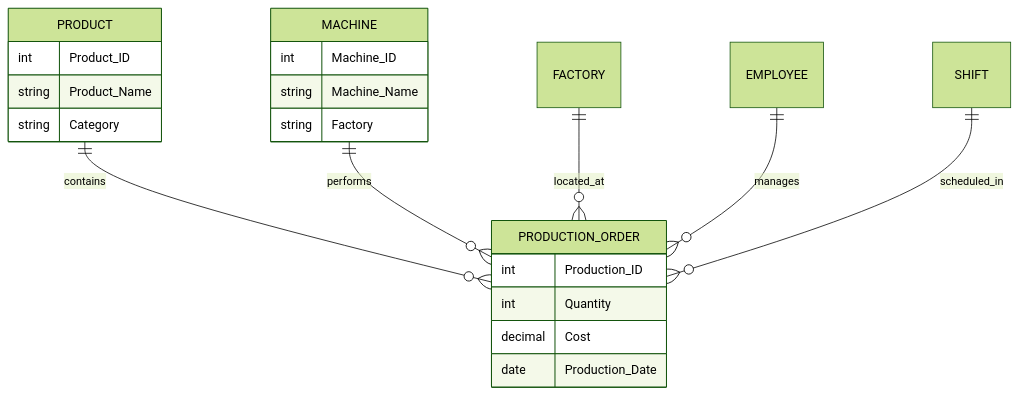
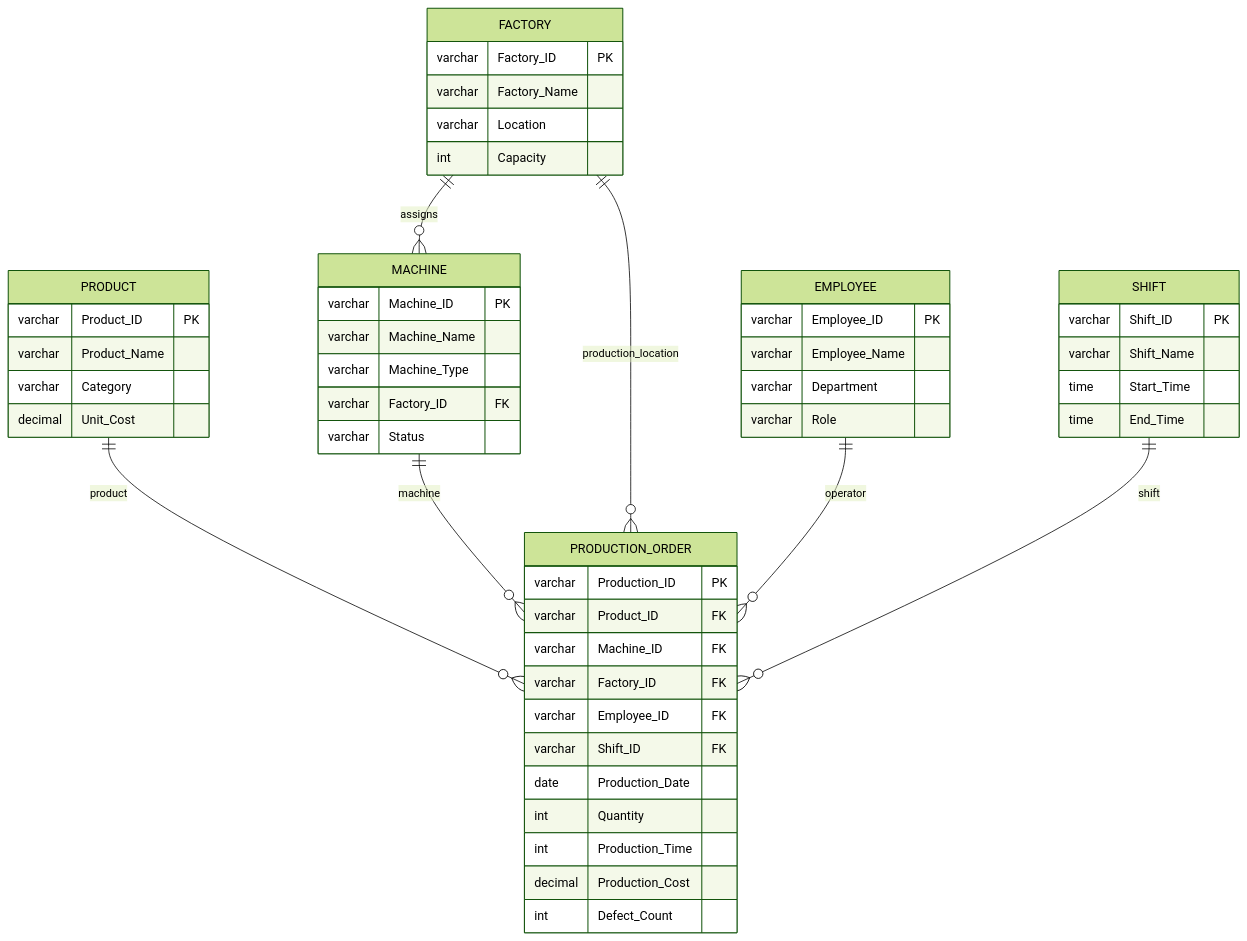
Before and after one commit to akindaG/Enterprise-Manufacturing-Data-Warehouse: the second of 5 diagrams in README.md, drawn with Mermaid (forest theme). The commit also changed other lines of this file and 28 other files, not shown here.

````diff
--- a/README.md
+++ b/README.md
@@ -81,27 +69,54 @@
 ```mermaid
 erDiagram
-    PRODUCT ||--o{ PRODUCTION_ORDER : contains
-    MACHINE ||--o{ PRODUCTION_ORDER : performs
-    FACTORY ||--o{ PRODUCTION_ORDER : located_at
-    EMPLOYEE ||--o{ PRODUCTION_ORDER : manages
-    SHIFT ||--o{ PRODUCTION_ORDER : scheduled_in
+    FACTORY ||--o{ MACHINE : assigns
+    PRODUCT ||--o{ PRODUCTION_ORDER : product
+    MACHINE ||--o{ PRODUCTION_ORDER : machine
+    FACTORY ||--o{ PRODUCTION_ORDER : production_location
+    EMPLOYEE ||--o{ PRODUCTION_ORDER : operator
+    SHIFT ||--o{ PRODUCTION_ORDER : shift
 
     PRODUCT {
-      int Product_ID
-      string Product_Name
-      string Category
+        varchar Product_ID PK
+        varchar Product_Name
+        varchar Category
+        decimal Unit_Cost
     }
-
+    FACTORY {
+        varchar Factory_ID PK
+        varchar Factory_Name
+        varchar Location
+        int Capacity
+    }
     MACHINE {
-      int Machine_ID
-      string Machine_Name
-      string Factory
+        varchar Machine_ID PK
+        varchar Machine_Name
+        varchar Machine_Type
+        varchar Factory_ID FK
+        varchar Status
     }
-
+    EMPLOYEE {
+        varchar Employee_ID PK
+        varchar Employee_Name
+        varchar Department
+        varchar Role
+    }
+    SHIFT {
+        varchar Shift_ID PK
+        varchar Shift_Name
+        time Start_Time
+        time End_Time
+    }
     PRODUCTION_ORDER {
-      int Production_ID
-      int Quantity
-      decimal Cost
-      date Production_Date
+        varchar Production_ID PK
+        varchar Product_ID FK
+        varchar Machine_ID FK
+        varchar Factory_ID FK
+        varchar Employee_ID FK
+        varchar Shift_ID FK
+        date Production_Date
+        int Quantity
+        int Production_Time
+        decimal Production_Cost
+        int Defect_Count
     }
 ```
````
